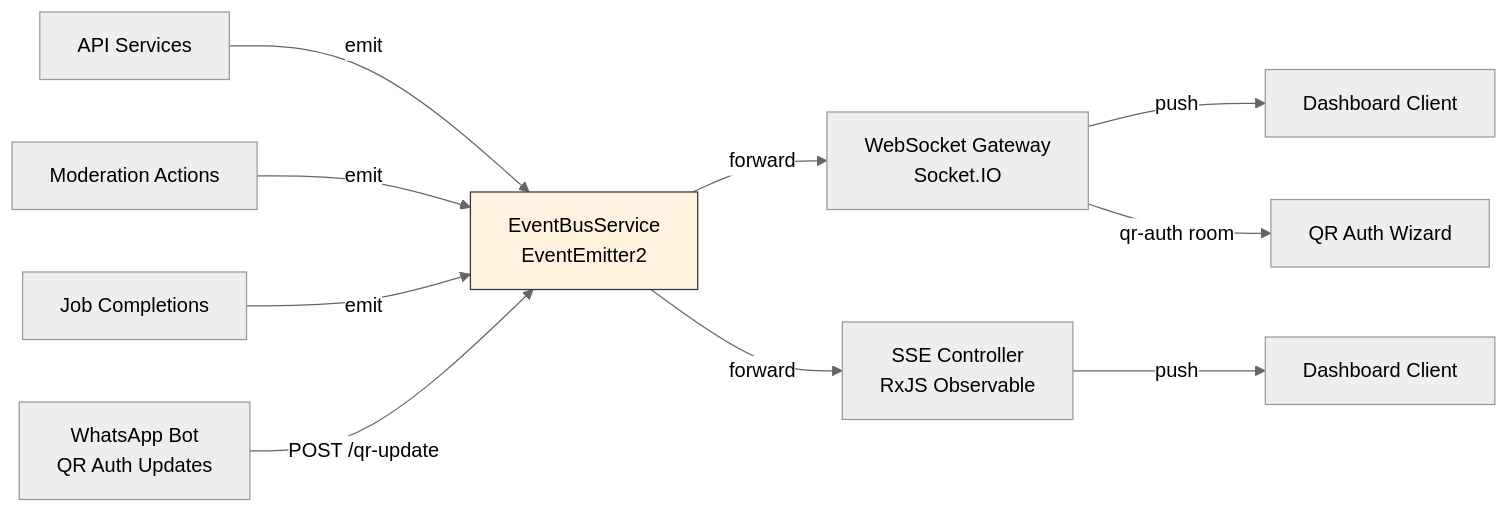
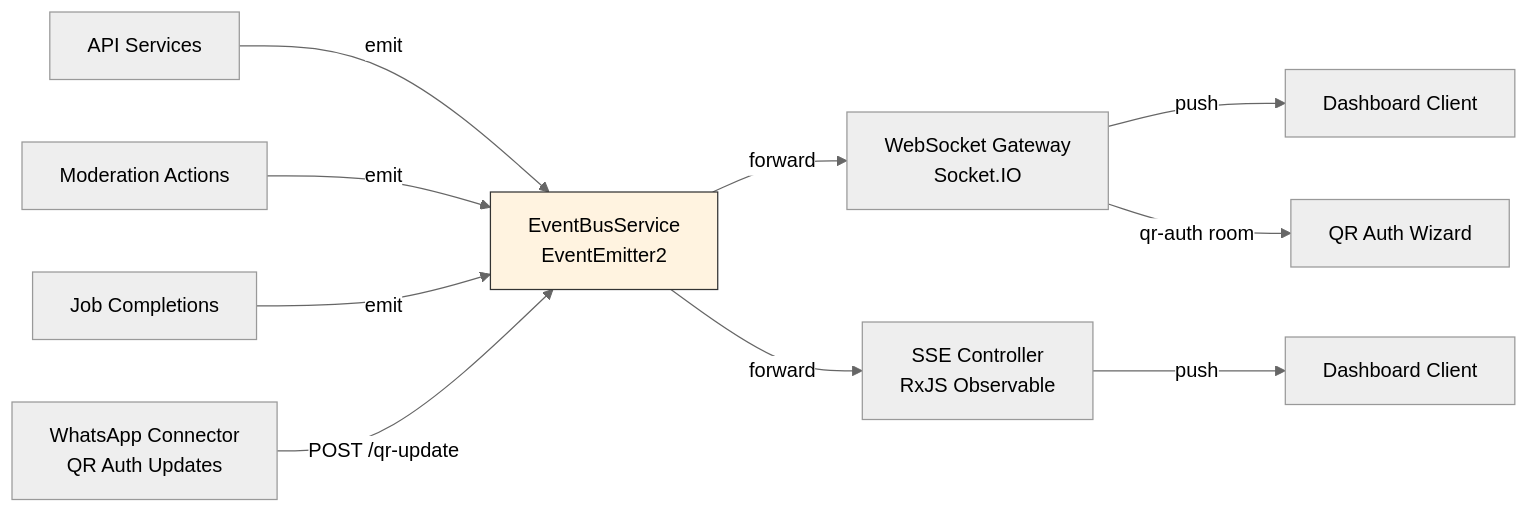
One commit to kolezka/flowbot changed the second of 7 diagrams in README.md. Above: the diagram before and after it, drawn with Mermaid (neutral theme). The commit also changed other lines of this file, not shown here.

Commit message:
docs: update README.md for unified connector architecture

````diff
--- a/README.md
+++ b/README.md
@@ -124,20 +161,20 @@
 ```mermaid
 graph LR
     S1["API Services"] -->|emit| EB["EventBusService
     EventEmitter2"]
     S2["Moderation Actions"] -->|emit| EB
     S3["Job Completions"] -->|emit| EB
-    S4["WhatsApp Bot
+    S4["WhatsApp Connector
     QR Auth Updates"] -->|"POST /qr-update"| EB
 
     EB -->|forward| WS["WebSocket Gateway
     Socket.IO"]
     EB -->|forward| SSE["SSE Controller
     RxJS Observable"]
 
     WS -->|push| C1["Dashboard Client"]
     WS -->|"qr-auth room"| C3["QR Auth Wizard"]
     SSE -->|push| C2["Dashboard Client"]
 
     style EB fill:#fff3e0,stroke:#333
 ```
````
